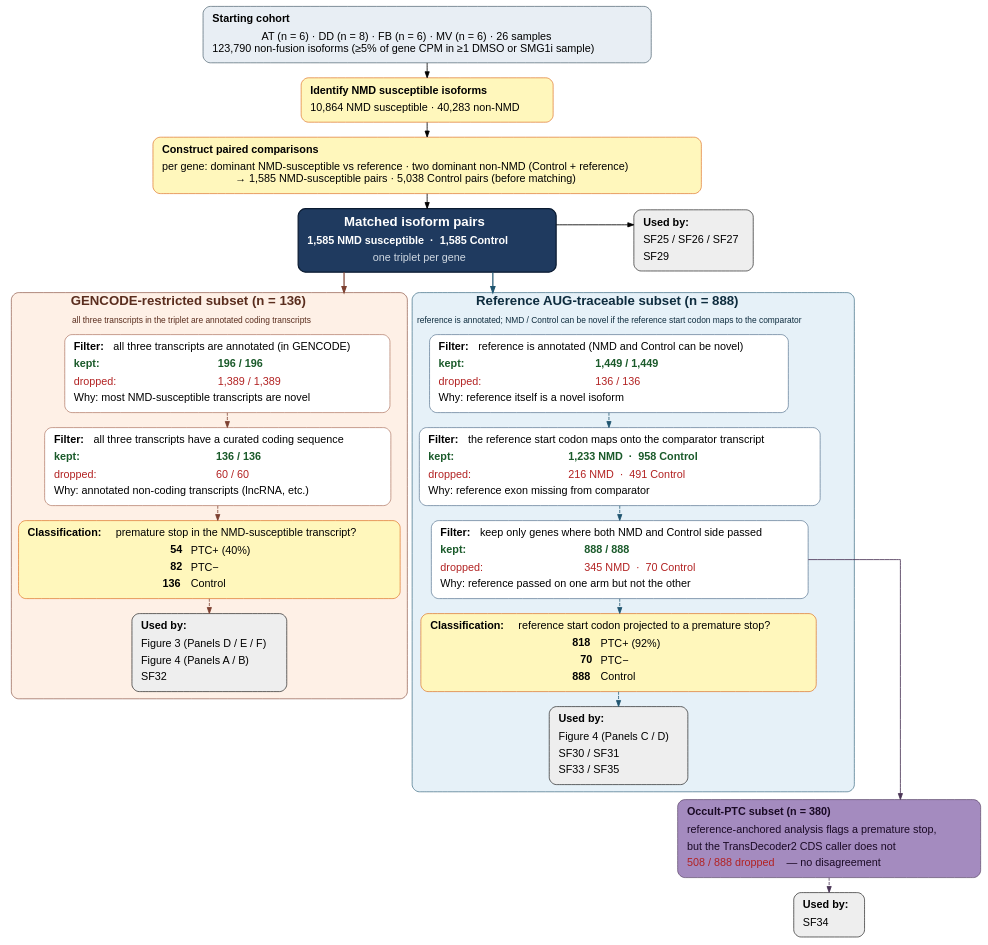
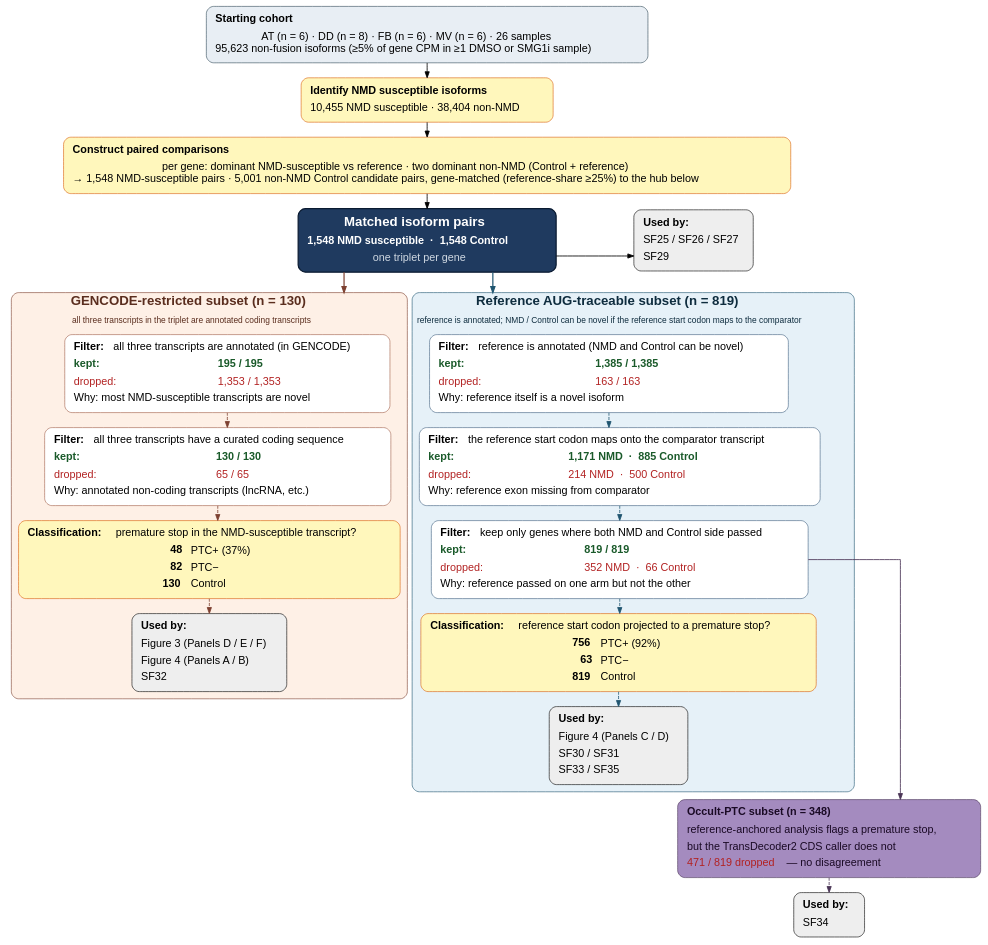
One commit to peter4244/nmd_isopair_analysis changed the diagram in figures/SupplementalFigures/SF28_PairAnalysisFlowchart/figure_s_pair_analysis_flowchart.dot. Above: the diagram before and after it, drawn with Graphviz. The commit also changed 4 other files, not shown here.

First line of the commit message:
4-CT re-scope R3: SF28 flowchart manual DOT rebuild (M-4)

```diff
--- a/figures/SupplementalFigures/SF28_PairAnalysisFlowchart/figure_s_pair_analysis_flowchart.dot
+++ b/figures/SupplementalFigures/SF28_PairAnalysisFlowchart/figure_s_pair_analysis_flowchart.dot
@@ -8,16 +8,16 @@
          fontsize=18, fontcolor="#444"]
 
   // ─── Starting cohort + upstream classification + pair construction
-  U1 [label=<<TABLE BORDER="0" CELLBORDER="0" CELLSPACING="0" CELLPADDING="4"><TR><TD ALIGN="LEFT"><B>Starting cohort</B></TD></TR><TR><TD ALIGN="LEFT">AT (n = 6) · DD (n = 8) · FB (n = 6) · MV (n = 6) · 26 samples<BR/>123,790 non-fusion isoforms (≥5% of gene CPM in ≥1 DMSO or SMG1i sample)</TD></TR></TABLE>>, fillcolor="#e8eef4", color="#2f4858"]
-  U2 [label=<<TABLE BORDER="0" CELLBORDER="0" CELLSPACING="0" CELLPADDING="4"><TR><TD ALIGN="LEFT"><B>Identify NMD susceptible isoforms</B></TD></TR><TR><TD ALIGN="LEFT">10,864 NMD susceptible · 40,283 non-NMD</TD></TR></TABLE>>, fillcolor="#fff7bc", color="#d95f0e"]
-  U3 [label=<<TABLE BORDER="0" CELLBORDER="0" CELLSPACING="0" CELLPADDING="4"><TR><TD ALIGN="LEFT"><B>Construct paired comparisons</B></TD></TR><TR><TD ALIGN="LEFT">per gene: dominant NMD-susceptible vs reference · two dominant non-NMD (Control + reference)<BR/>→ 1,585 NMD-susceptible pairs · 5,038 Control pairs (before matching)</TD></TR></TABLE>>, fillcolor="#fff7bc", color="#d95f0e"]
+  U1 [label=<<TABLE BORDER="0" CELLBORDER="0" CELLSPACING="0" CELLPADDING="4"><TR><TD ALIGN="LEFT"><B>Starting cohort</B></TD></TR><TR><TD ALIGN="LEFT">AT (n = 6) · DD (n = 8) · FB (n = 6) · MV (n = 6) · 26 samples<BR/>95,623 non-fusion isoforms (≥5% of gene CPM in ≥1 DMSO or SMG1i sample)</TD></TR></TABLE>>, fillcolor="#e8eef4", color="#2f4858"]
+  U2 [label=<<TABLE BORDER="0" CELLBORDER="0" CELLSPACING="0" CELLPADDING="4"><TR><TD ALIGN="LEFT"><B>Identify NMD susceptible isoforms</B></TD></TR><TR><TD ALIGN="LEFT">10,455 NMD susceptible · 38,404 non-NMD</TD></TR></TABLE>>, fillcolor="#fff7bc", color="#d95f0e"]
+  U3 [label=<<TABLE BORDER="0" CELLBORDER="0" CELLSPACING="0" CELLPADDING="4"><TR><TD ALIGN="LEFT"><B>Construct paired comparisons</B></TD></TR><TR><TD ALIGN="LEFT">per gene: dominant NMD-susceptible vs reference · two dominant non-NMD (Control + reference)<BR/>→ 1,548 NMD-susceptible pairs · 5,001 non-NMD Control candidate pairs, gene-matched (reference-share ≥25%) to the hub below</TD></TR></TABLE>>, fillcolor="#fff7bc", color="#d95f0e"]
 
   U1 -> U2 -> U3
 
   // ─── Hub: matched isoform pairs ──────────────────────────────────
   HUB [label=<<TABLE BORDER="0" CELLBORDER="0" CELLSPACING="0" CELLPADDING="4">
                 <TR><TD ALIGN="CENTER"><FONT COLOR="white" POINT-SIZE="22"><B>Matched isoform pairs</B></FONT></TD></TR>
-                <TR><TD ALIGN="CENTER"><FONT COLOR="white"><B>1,585 NMD susceptible  ·  1,585 Control</B></FONT></TD></TR>
+                <TR><TD ALIGN="CENTER"><FONT COLOR="white"><B>1,548 NMD susceptible  ·  1,548 Control</B></FONT></TD></TR>
                 <TR><TD ALIGN="CENTER"><FONT COLOR="#cfd8e2" POINT-SIZE="18">one triplet per gene</FONT></TD></TR>
               </TABLE>>,
        fillcolor="#1f3a5f", color="#0a1a30", penwidth=2.0]
@@ -26,7 +26,7 @@
 
   // ─── Subset 1 cluster (left) ─────────────────────────────────────
   subgraph cluster_S1 {
-    label = <<FONT POINT-SIZE="22"><B>GENCODE-restricted subset (n = 136)</B></FONT><BR/><BR/>all three transcripts in the triplet are annotated coding transcripts>
+    label = <<FONT POINT-SIZE="22"><B>GENCODE-restricted subset (n = 130)</B></FONT><BR/><BR/>all three transcripts in the triplet are annotated coding transcripts>
     labelloc = "t"
     style = "rounded,filled"
     fillcolor = "#fef0e6"
@@ -38,11 +38,11 @@
        <TR><TD ALIGN="LEFT" COLSPAN="2"><B>Filter:</B>&nbsp;all three transcripts are annotated (in GENCODE)</TD></TR>
        <TR>
          <TD ALIGN="LEFT"><FONT COLOR="#1a5a2a"><B>kept:</B></FONT></TD>
-         <TD ALIGN="LEFT"><FONT COLOR="#1a5a2a"><B>196 / 196</B></FONT></TD>
+         <TD ALIGN="LEFT"><FONT COLOR="#1a5a2a"><B>195 / 195</B></FONT></TD>
        </TR>
        <TR>
          <TD ALIGN="LEFT"><FONT COLOR="#b22222">dropped:</FONT></TD>
-         <TD ALIGN="LEFT"><FONT COLOR="#b22222">1,389 / 1,389</FONT></TD>
+         <TD ALIGN="LEFT"><FONT COLOR="#b22222">1,353 / 1,353</FONT></TD>
        </TR>
        <TR>
          <TD ALIGN="LEFT" COLSPAN="2"><FONT POINT-SIZE="18" COLOR="#444">Why: most NMD-susceptible transcripts are novel</FONT></TD>
@@ -52,11 +52,11 @@
        <TR><TD ALIGN="LEFT" COLSPAN="2"><B>Filter:</B>&nbsp;all three transcripts have a curated coding sequence</TD></TR>
        <TR>
          <TD ALIGN="LEFT"><FONT COLOR="#1a5a2a"><B>kept:</B></FONT></TD>
-         <TD ALIGN="LEFT"><FONT COLOR="#1a5a2a"><B>136 / 136</B></FONT></TD>
+         <TD ALIGN="LEFT"><FONT COLOR="#1a5a2a"><B>130 / 130</B></FONT></TD>
        </TR>
        <TR>
          <TD ALIGN="LEFT"><FONT COLOR="#b22222">dropped:</FONT></TD>
-         <TD ALIGN="LEFT"><FONT COLOR="#b22222">60 / 60</FONT></TD>
+         <TD ALIGN="LEFT"><FONT COLOR="#b22222">65 / 65</FONT></TD>
        </TR>
        <TR>
          <TD ALIGN="LEFT" COLSPAN="2"><FONT POINT-SIZE="18" COLOR="#444">Why: annotated non-coding transcripts (lncRNA, etc.)</FONT></TD>
@@ -65,9 +65,9 @@
 
     S1_GROUPS [label=<<TABLE BORDER="0" CELLBORDER="0" CELLSPACING="0" CELLPADDING="4">
                        <TR><TD ALIGN="LEFT" COLSPAN="2"><B>Classification:</B>&nbsp;premature stop in the NMD-susceptible transcript?</TD></TR>
-                       <TR><TD ALIGN="RIGHT"><B>54</B></TD><TD ALIGN="LEFT">PTC+ (40%)</TD></TR>
+                       <TR><TD ALIGN="RIGHT"><B>48</B></TD><TD ALIGN="LEFT">PTC+ (37%)</TD></TR>
                        <TR><TD ALIGN="RIGHT"><B>82</B></TD><TD ALIGN="LEFT">PTC−</TD></TR>
-                       <TR><TD ALIGN="RIGHT"><B>136</B></TD><TD ALIGN="LEFT">Control</TD></TR>
+                       <TR><TD ALIGN="RIGHT"><B>130</B></TD><TD ALIGN="LEFT">Control</TD></TR>
                      </TABLE>>,
                fillcolor="#fff7bc", color="#d95f0e"]
 
@@ -84,7 +84,7 @@
 
   // ─── Subset 2 cluster (right) ────────────────────────────────────
   subgraph cluster_S2 {
-    label = <<FONT POINT-SIZE="22"><B>Reference AUG-traceable subset (n = 888)</B></FONT><BR/><BR/>reference is annotated; NMD / Control can be novel if the reference start codon maps to the comparator>
+    label = <<FONT POINT-SIZE="22"><B>Reference AUG-traceable subset (n = 819)</B></FONT><BR/><BR/>reference is annotated; NMD / Control can be novel if the reference start codon maps to the comparator>
     labelloc = "t"
     style = "rounded,filled"
     fillcolor = "#e6f1f8"
@@ -96,11 +96,11 @@
        <TR><TD ALIGN="LEFT" COLSPAN="2"><B>Filter:</B>&nbsp;reference is annotated (NMD and Control can be novel)</TD></TR>
        <TR>
          <TD ALIGN="LEFT"><FONT COLOR="#1a5a2a"><B>kept:</B></FONT></TD>
-         <TD ALIGN="LEFT"><FONT COLOR="#1a5a2a"><B>1,449 / 1,449</B></FONT></TD>
+         <TD ALIGN="LEFT"><FONT COLOR="#1a5a2a"><B>1,385 / 1,385</B></FONT></TD>
        </TR>
        <TR>
          <TD ALIGN="LEFT"><FONT COLOR="#b22222">dropped:</FONT></TD>
-         <TD ALIGN="LEFT"><FONT COLOR="#b22222">136 / 136</FONT></TD>
+         <TD ALIGN="LEFT"><FONT COLOR="#b22222">163 / 163</FONT></TD>
        </TR>
        <TR>
          <TD ALIGN="LEFT" COLSPAN="2"><FONT POINT-SIZE="18" COLOR="#444">Why: reference itself is a novel isoform</FONT></TD>
@@ -110,11 +110,11 @@
        <TR><TD ALIGN="LEFT" COLSPAN="2"><B>Filter:</B>&nbsp;the reference start codon maps onto the comparator transcript</TD></TR>
        <TR>
          <TD ALIGN="LEFT"><FONT COLOR="#1a5a2a"><B>kept:</B></FONT></TD>
-         <TD ALIGN="LEFT"><FONT COLOR="#1a5a2a"><B>1,233 NMD  ·  958 Control</B></FONT></TD>
+         <TD ALIGN="LEFT"><FONT COLOR="#1a5a2a"><B>1,171 NMD  ·  885 Control</B></FONT></TD>
        </TR>
        <TR>
          <TD ALIGN="LEFT"><FONT COLOR="#b22222">dropped:</FONT></TD>
-         <TD ALIGN="LEFT"><FONT COLOR="#b22222">216 NMD  ·  491 Control</FONT></TD>
+         <TD ALIGN="LEFT"><FONT COLOR="#b22222">214 NMD  ·  500 Control</FONT></TD>
        </TR>
        <TR>
          <TD ALIGN="LEFT" COLSPAN="2"><FONT POINT-SIZE="18" COLOR="#444">Why: reference exon missing from comparator</FONT></TD>
@@ -124,11 +124,11 @@
        <TR><TD ALIGN="LEFT" COLSPAN="2"><B>Filter:</B>&nbsp;keep only genes where both NMD and Control side passed</TD></TR>
        <TR>
          <TD ALIGN="LEFT"><FONT COLOR="#1a5a2a"><B>kept:</B></FONT></TD>
-         <TD ALIGN="LEFT"><FONT COLOR="#1a5a2a"><B>888 / 888</B></FONT></TD>
+         <TD ALIGN="LEFT"><FONT COLOR="#1a5a2a"><B>819 / 819</B></FONT></TD>
        </TR>
        <TR>
          <TD ALIGN="LEFT"><FONT COLOR="#b22222">dropped:</FONT></TD>
-         <TD ALIGN="LEFT"><FONT COLOR="#b22222">345 NMD  ·  70 Control</FONT></TD>
+         <TD ALIGN="LEFT"><FONT COLOR="#b22222">352 NMD  ·  66 Control</FONT></TD>
        </TR>
        <TR>
          <TD ALIGN="LEFT" COLSPAN="2"><FONT POINT-SIZE="18" COLOR="#444">Why: reference passed on one arm but not the other</FONT></TD>
@@ -137,9 +137,9 @@
 
     S2_GROUPS [label=<<TABLE BORDER="0" CELLBORDER="0" CELLSPACING="0" CELLPADDING="4">
                        <TR><TD ALIGN="LEFT" COLSPAN="2"><B>Classification:</B>&nbsp;reference start codon projected to a premature stop?</TD></TR>
-                       <TR><TD ALIGN="RIGHT"><B>818</B></TD><TD ALIGN="LEFT">PTC+ (92%)</TD></TR>
-                       <TR><TD ALIGN="RIGHT"><B>70</B></TD><TD ALIGN="LEFT">PTC−</TD></TR>
-                       <TR><TD ALIGN="RIGHT"><B>888</B></TD><TD ALIGN="LEFT">Control</TD></TR>
+                       <TR><TD ALIGN="RIGHT"><B>756</B></TD><TD ALIGN="LEFT">PTC+ (92%)</TD></TR>
+                       <TR><TD ALIGN="RIGHT"><B>63</B></TD><TD ALIGN="LEFT">PTC−</TD></TR>
+                       <TR><TD ALIGN="RIGHT"><B>819</B></TD><TD ALIGN="LEFT">Control</TD></TR>
                      </TABLE>>,
                fillcolor="#fff7bc", color="#d95f0e"]
 
@@ -156,10 +156,10 @@
 
   // ─── Hidden-PTC sub-cascade ─────────────────────────────────────
   HPTC [label=<<TABLE BORDER="0" CELLBORDER="0" CELLSPACING="0" CELLPADDING="4">
-                <TR><TD ALIGN="LEFT"><B>Occult-PTC subset (n = 380)</B></TD></TR>
+                <TR><TD ALIGN="LEFT"><B>Occult-PTC subset (n = 348)</B></TD></TR>
                 <TR><TD ALIGN="LEFT">reference-anchored analysis flags a premature stop,</TD></TR>
                 <TR><TD ALIGN="LEFT">but the TransDecoder2 CDS caller does not</TD></TR>
-                <TR><TD ALIGN="LEFT"><FONT COLOR="#b22222">508 / 888 dropped</FONT> — no disagreement</TD></TR>
+                <TR><TD ALIGN="LEFT"><FONT COLOR="#b22222">471 / 819 dropped</FONT> — no disagreement</TD></TR>
               </TABLE>>,
         fillcolor="#a48bbf", color="#4a3556", fontcolor="#1a0a25"]
 
```
